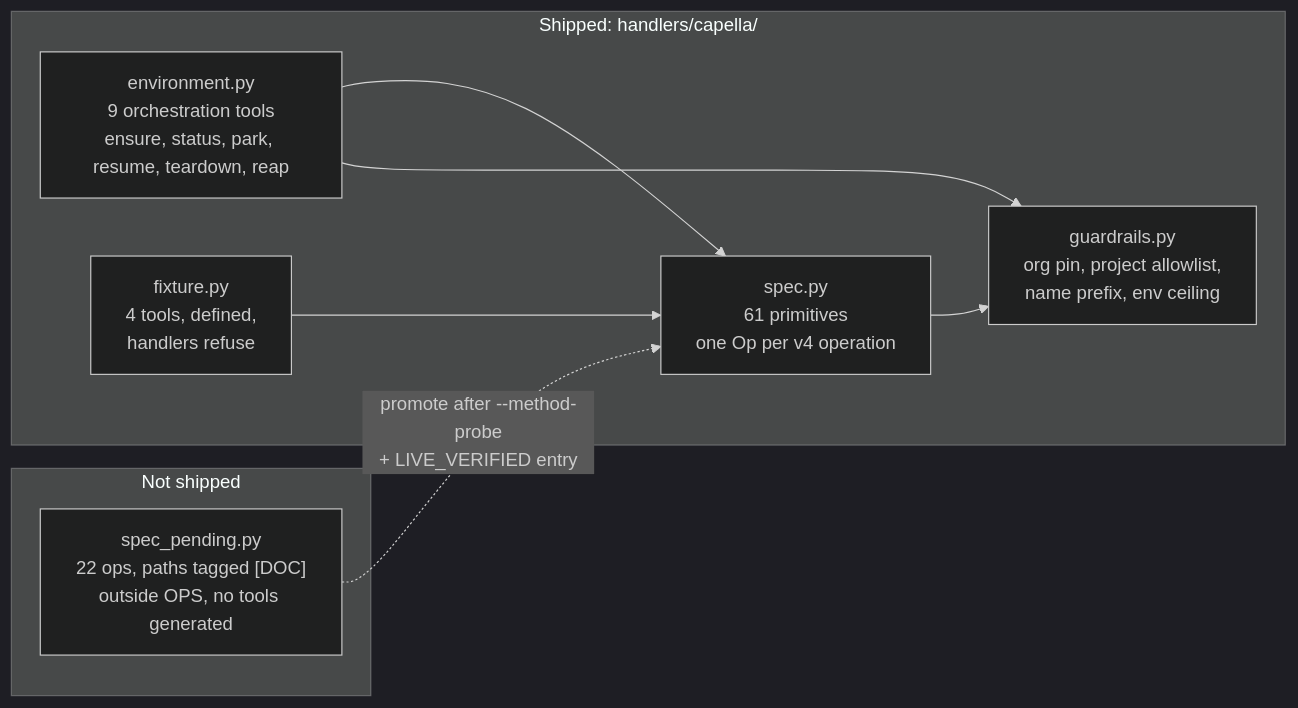
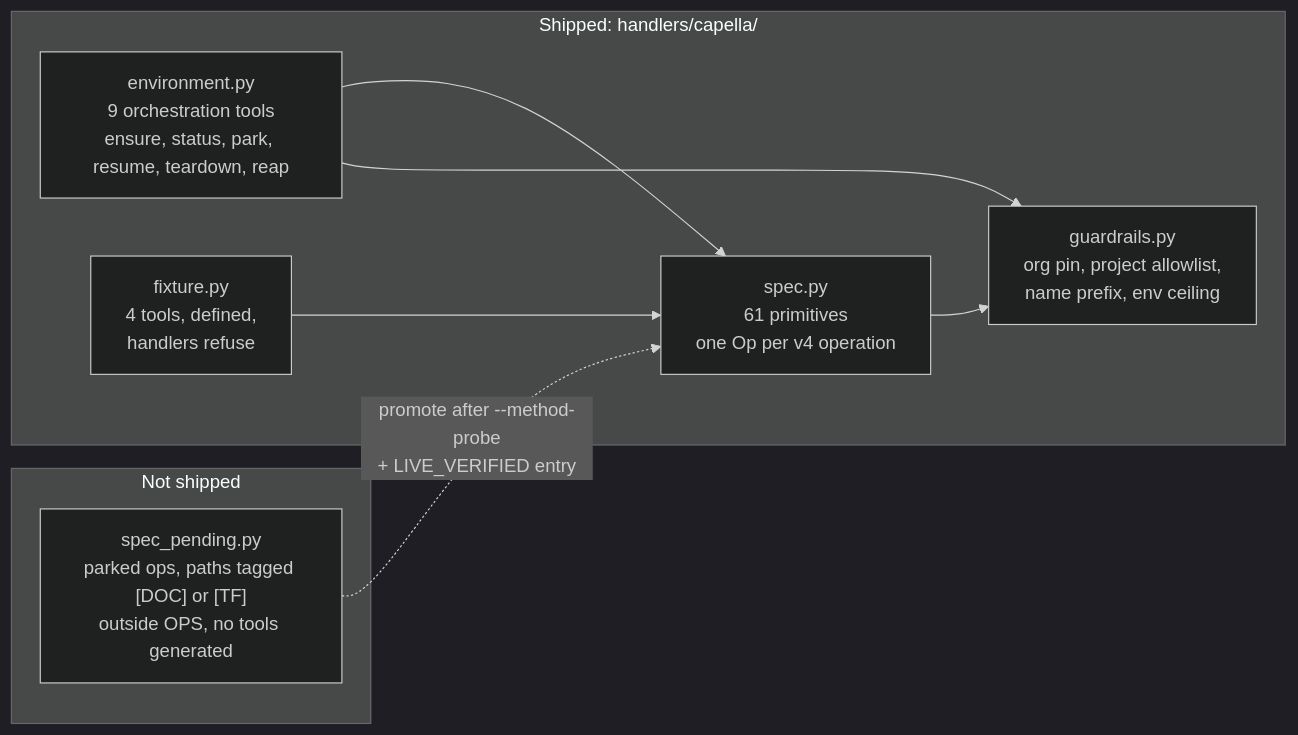
The fifth of 6 diagrams in docs/ARCHITECTURE.md (Couchbase-Ecosystem/couchbase_admin_mcp_server), drawn with Mermaid (dark theme) before and after one commit. The commit also changed other lines of this file and 10 other files, not shown here.

````diff
--- a/docs/ARCHITECTURE.md
+++ b/docs/ARCHITECTURE.md
@@ -263,17 +263,17 @@
 ```mermaid
 graph LR
   subgraph Shipped["Shipped: handlers/capella/"]
     P["spec.py<br/>61 primitives<br/>one Op per v4 operation"]
     E["environment.py<br/>9 orchestration tools<br/>ensure, status, park, resume, teardown, reap"]
     F["fixture.py<br/>4 tools, defined,<br/>handlers refuse"]
     GR["guardrails.py<br/>org pin, project allowlist,<br/>name prefix, env ceiling"]
   end
   subgraph Quarantine["Not shipped"]
-    PN["spec_pending.py<br/>22 ops, paths tagged [DOC]<br/>outside OPS, no tools generated"]
+    PN["spec_pending.py<br/>parked ops, paths tagged [DOC] or [TF]<br/>outside OPS, no tools generated"]
   end
   E --> P
   F --> P
   P --> GR
   E --> GR
   PN -.->|"promote after --method-probe<br/>+ LIVE_VERIFIED entry"| P
 ```
````
